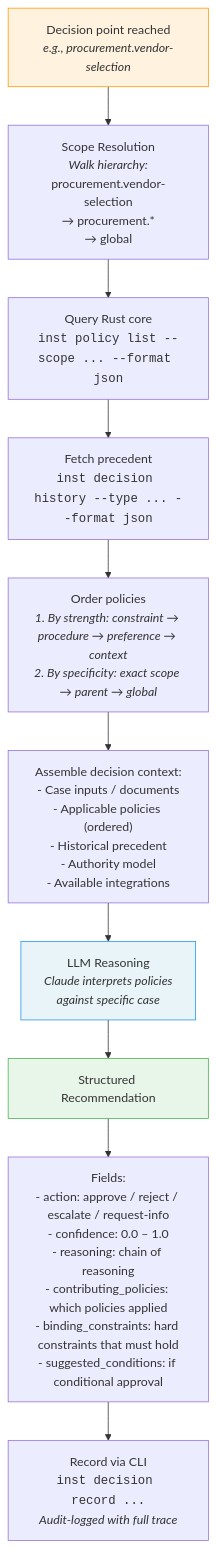
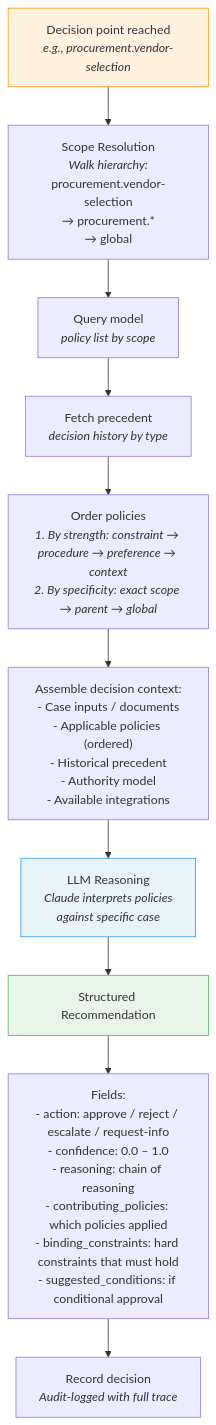
One commit to CyberHoward/cl-institute changed the sixth of 13 diagrams in architecture-diagrams.md. Above: the diagram before and after it, drawn with Mermaid. The commit also changed other lines of this file and 101 other files, not shown here.

````diff
--- a/architecture-diagrams.md
+++ b/architecture-diagrams.md
@@ -245,25 +243,25 @@
 ```mermaid
 flowchart TD
     trigger["Decision point reached<br/><i>e.g., procurement.vendor-selection</i>"]
 
     trigger --> scope["Scope Resolution<br/><i>Walk hierarchy:</i><br/>procurement.vendor-selection<br/>→ procurement.*<br/>→ global"]
 
-    scope --> query["Query Rust core<br/><code>inst policy list --scope ... --format json</code>"]
-    query --> precedent["Fetch precedent<br/><code>inst decision history --type ... --format json</code>"]
+    scope --> query["Query model<br/><i>policy list by scope</i>"]
+    query --> precedent["Fetch precedent<br/><i>decision history by type</i>"]
 
     precedent --> order["Order policies<br/><i>1. By strength: constraint → procedure → preference → context</i><br/><i>2. By specificity: exact scope → parent → global</i>"]
 
     order --> assemble["Assemble decision context:<br/>- Case inputs / documents<br/>- Applicable policies (ordered)<br/>- Historical precedent<br/>- Authority model<br/>- Available integrations"]
 
     assemble --> llm["LLM Reasoning<br/><i>Claude interprets policies<br/>against specific case</i>"]
 
     llm --> rec["Structured Recommendation"]
 
     rec --> fields["Fields:<br/>- action: approve / reject / escalate / request-info<br/>- confidence: 0.0 – 1.0<br/>- reasoning: chain of reasoning<br/>- contributing_policies: which policies applied<br/>- binding_constraints: hard constraints that must hold<br/>- suggested_conditions: if conditional approval"]
 
-    fields --> record["Record via CLI<br/><code>inst decision record ...</code><br/><i>Audit-logged with full trace</i>"]
+    fields --> record["Record decision<br/><i>Audit-logged with full trace</i>"]
 
     style trigger fill:#fff3e0,stroke:#ff9800
     style llm fill:#e8f4f8,stroke:#2196F3
     style rec fill:#e8f5e9,stroke:#4caf50
 ```
````
